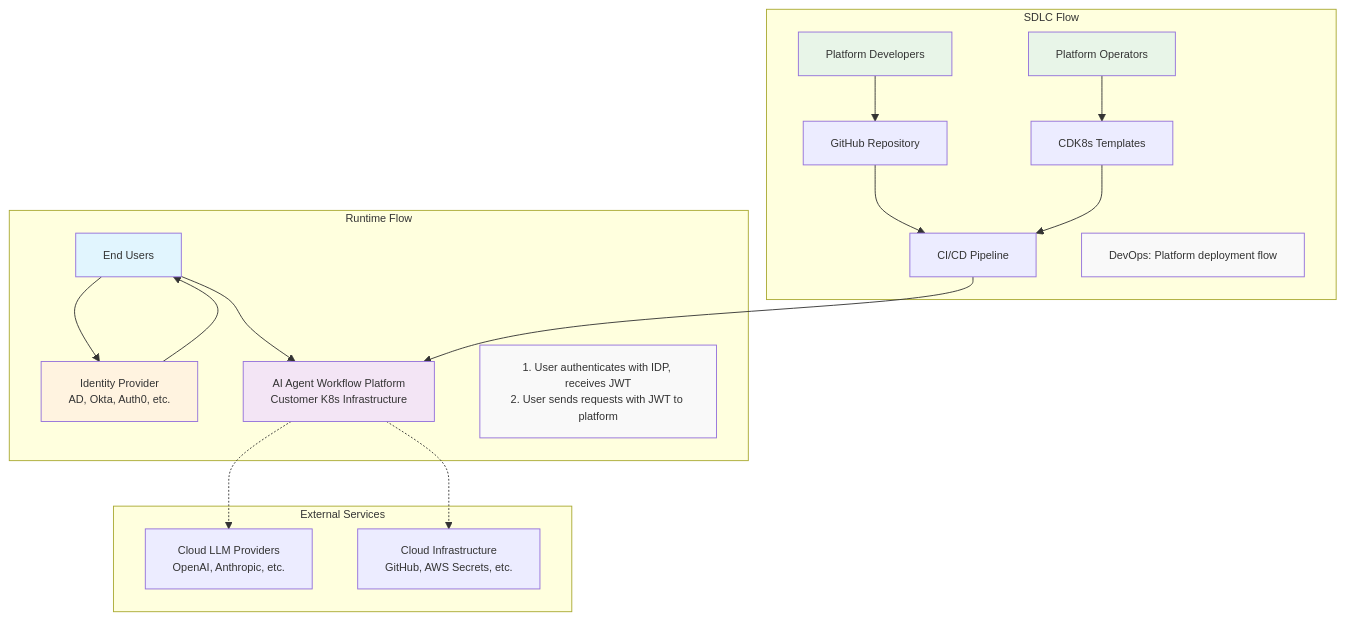
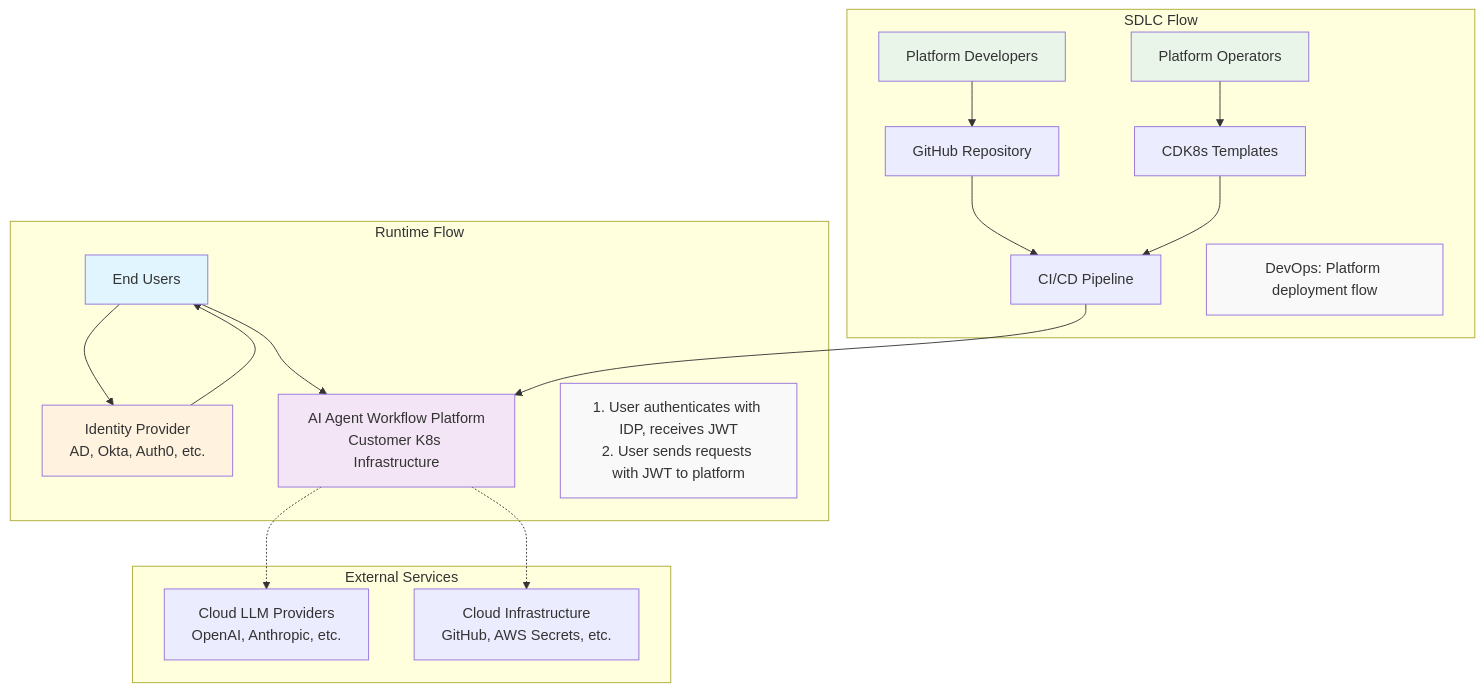
Before and after one commit to ondemandenv/ondemandenv.github.io: the diagram in diagrams/ai-agent-platform-system-overview.mmd, drawn with Mermaid. The commit also changed 5 other files, not shown here.

```diff
--- a/diagrams/ai-agent-platform-system-overview.mmd
+++ b/diagrams/ai-agent-platform-system-overview.mmd
@@ -1,35 +1,34 @@
-%%{init: {'theme':'default', 'themeVariables': {'fontSize': '12px', 'fontFamily': 'arial', 'primaryColor': '#ff6b6b', 'primaryTextColor': '#333', 'primaryBorderColor': '#ff6b6b', 'lineColor': '#333', 'secondaryColor': '#4ecdc4', 'tertiaryColor': '#45b7d1'}}}%%
-graph TD
+flowchart TD
     subgraph "Runtime Flow"
         USER[End Users] --> IDP[Identity Provider<br/>AD, Okta, Auth0, etc.]
         IDP --> USER
         USER --> PLATFORM[AI Agent Workflow Platform<br/>Customer K8s Infrastructure]
         note1[1. User authenticates with IDP, receives JWT<br/>2. User sends requests with JWT to platform]
     end
     
     subgraph "SDLC Flow"
         DEVS[Platform Developers] --> GITHUB[GitHub Repository]
         OPS[Platform Operators] --> CDK8S[CDK8s Templates]
         GITHUB --> CI_CD[CI/CD Pipeline]
         CDK8S --> CI_CD
         CI_CD --> PLATFORM
         note2[DevOps: Platform deployment flow]
     end
     
     subgraph "External Services"
         IDP
         CLOUD_LLM[Cloud LLM Providers<br/>OpenAI, Anthropic, etc.]
         CLOUD_INFRA[Cloud Infrastructure<br/>GitHub, AWS Secrets, etc.]
         GITHUB
     end
     
     PLATFORM -.-> CLOUD_LLM
     PLATFORM -.-> CLOUD_INFRA
     
     style USER fill:#e1f5fe
     style PLATFORM fill:#f3e5f5
     style IDP fill:#fff3e0
     style DEVS fill:#e8f5e8
     style OPS fill:#e8f5e8
     style note1 fill:#f9f9f9
     style note2 fill:#f9f9f9 
```
